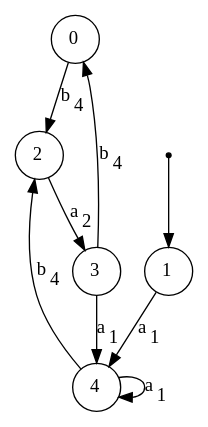
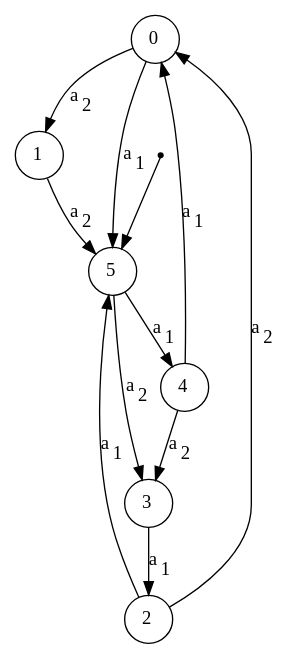
The diagram in dotsource.dot (Reithger/Finite-State-Machine-Model), drawn with Graphviz before and after one commit. The commit also changed 10 other files, not shown here.

```diff
--- a/dotsource.dot
+++ b/dotsource.dot
@@ -1,16 +1,20 @@
 digraph G {
 "n0"[label= <0> shape=circle color="black" style=wedged fillcolor="white" style=filled];
 "n1"[label= <1> shape=circle color="black" style=wedged fillcolor="white" style=filled];
-"ArbitraryUnusedNameNoWorriesJustGrooving2"[fontSize=1 shape=point];
 "n2"[label= <2> shape=circle color="black" style=wedged fillcolor="white" style=filled];
 "n3"[label= <3> shape=circle color="black" style=wedged fillcolor="white" style=filled];
 "n4"[label= <4> shape=circle color="black" style=wedged fillcolor="white" style=filled];
-{"ArbitraryUnusedNameNoWorriesJustGrooving2"}->{"n1"};
-{"n0"}->{"n2"}[label = <b<sub>4</sub>> color="black" arrowhead="normal" style=""];
-{"n1"}->{"n4"}[label = <a<sub>1</sub>> color="black" arrowhead="normal" style=""];
-{"n2"}->{"n3"}[label = <a<sub>2</sub>> color="black" arrowhead="normal" style=""];
-{"n3"}->{"n4"}[label = <a<sub>1</sub>> color="black" arrowhead="normal" style=""];
-{"n3"}->{"n0"}[label = <b<sub>4</sub>> color="black" arrowhead="normal" style=""];
-{"n4"}->{"n4"}[label = <a<sub>1</sub>> color="black" arrowhead="normal" style=""];
-{"n4"}->{"n2"}[label = <b<sub>4</sub>> color="black" arrowhead="normal" style=""];
+"n5"[label= <5> shape=circle color="black" style=wedged fillcolor="white" style=filled];
+"ArbitraryUnusedNameNoWorriesJustGrooving6"[fontSize=1 shape=point];
+{"ArbitraryUnusedNameNoWorriesJustGrooving6"}->{"n5"};
+{"n0"}->{"n1"}[label = <a<sub>2</sub>> color="black" arrowhead="normal" style=""];
+{"n0"}->{"n5"}[label = <a<sub>1</sub>> color="black" arrowhead="normal" style=""];
+{"n1"}->{"n5"}[label = <a<sub>2</sub>> color="black" arrowhead="normal" style=""];
+{"n2"}->{"n0"}[label = <a<sub>2</sub>> color="black" arrowhead="normal" style=""];
+{"n2"}->{"n5"}[label = <a<sub>1</sub>> color="black" arrowhead="normal" style=""];
+{"n3"}->{"n2"}[label = <a<sub>1</sub>> color="black" arrowhead="normal" style=""];
+{"n4"}->{"n0"}[label = <a<sub>1</sub>> color="black" arrowhead="normal" style=""];
+{"n4"}->{"n3"}[label = <a<sub>2</sub>> color="black" arrowhead="normal" style=""];
+{"n5"}->{"n3"}[label = <a<sub>2</sub>> color="black" arrowhead="normal" style=""];
+{"n5"}->{"n4"}[label = <a<sub>1</sub>> color="black" arrowhead="normal" style=""];
 }
```
